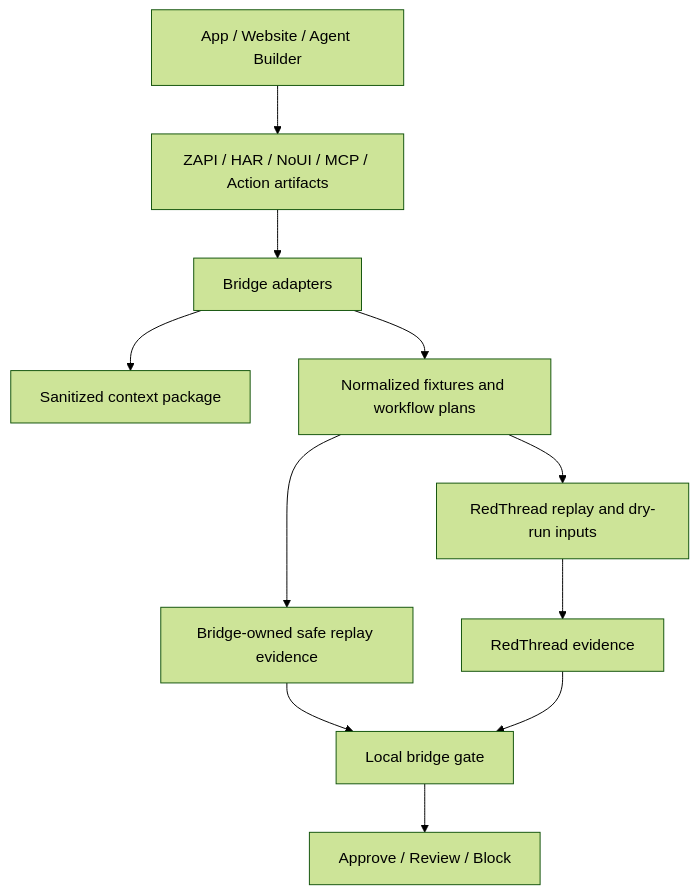
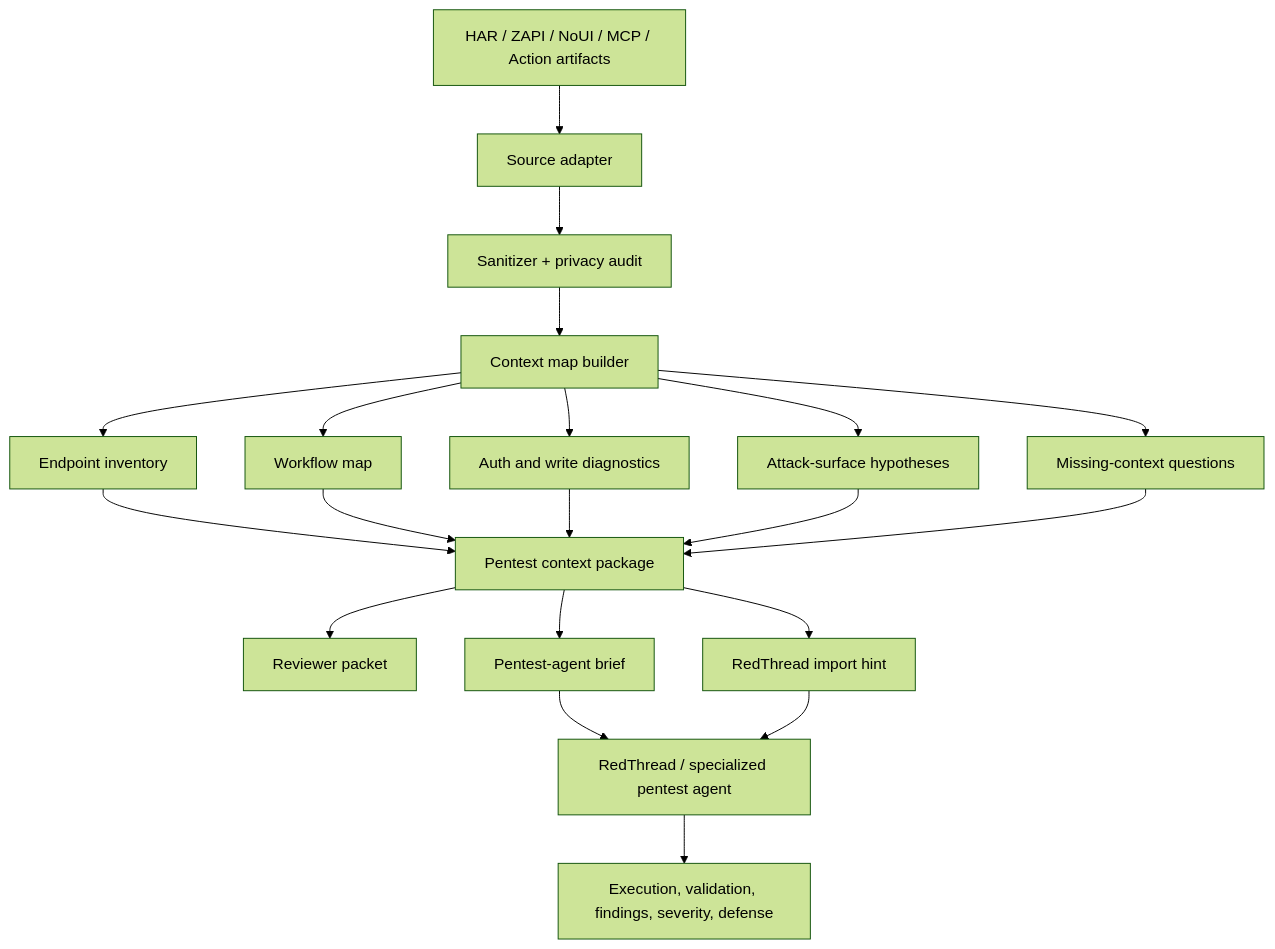
One commit to matheusht/adopt-redthread changed the diagram in README.md. Above: the diagram before and after it, drawn with Mermaid (forest theme). The commit also changed other lines of this file, not shown here.

Commit message:
docs: position threadgate as pentest context bridge

````diff
--- a/README.md
+++ b/README.md
@@ -110,13 +131,22 @@
 ```mermaid
 flowchart TD
-    A[App / Website / Agent Builder] --> B[ZAPI / HAR / NoUI / MCP / Action artifacts]
-    B --> C[Bridge adapters]
-    C --> D[Sanitized context package]
-    C --> E[Normalized fixtures and workflow plans]
-    E --> F[Bridge-owned safe replay evidence]
-    E --> G[RedThread replay and dry-run inputs]
-    G --> H[RedThread evidence]
-    F --> I[Local bridge gate]
-    H --> I
-    I --> J[Approve / Review / Block]
+    A[HAR / ZAPI / NoUI / MCP / Action artifacts] --> B[Source adapter]
+    B --> C[Sanitizer + privacy audit]
+    C --> D[Context map builder]
+    D --> E[Endpoint inventory]
+    D --> F[Workflow map]
+    D --> G[Auth and write diagnostics]
+    D --> H[Attack-surface hypotheses]
+    D --> I[Missing-context questions]
+    E --> J[Pentest context package]
+    F --> J
+    G --> J
+    H --> J
+    I --> J
+    J --> K[Reviewer packet]
+    J --> L[Pentest-agent brief]
+    J --> M[RedThread import hint]
+    L --> N[RedThread / specialized pentest agent]
+    M --> N
+    N --> O[Execution, validation, findings, severity, defense]
 ```
````
